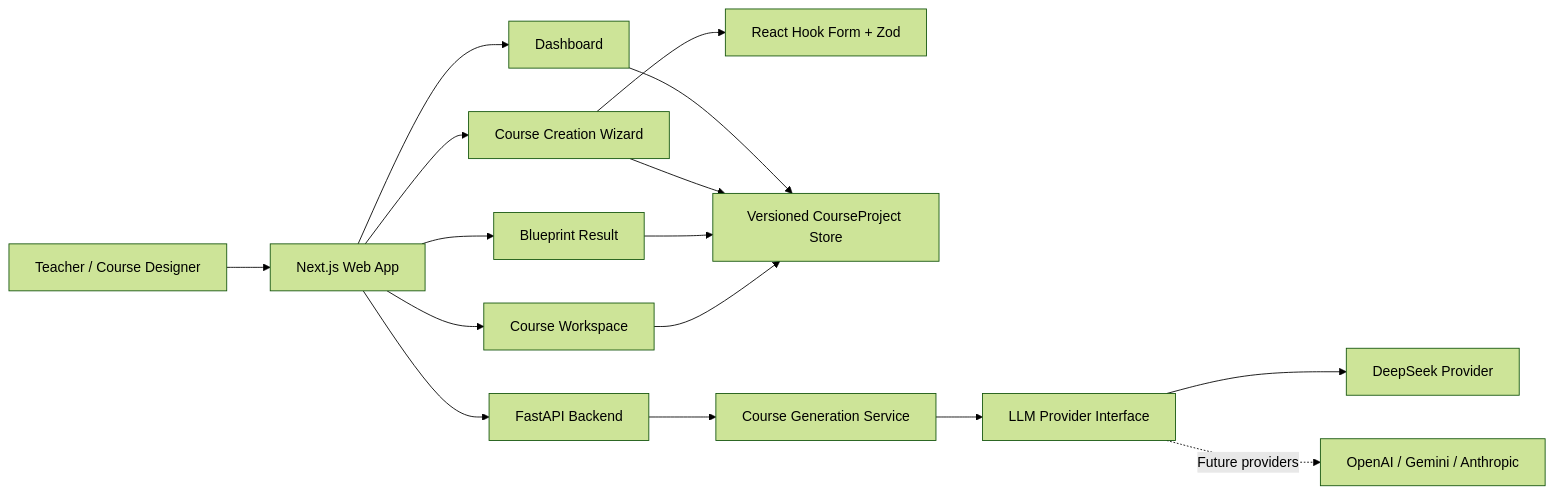
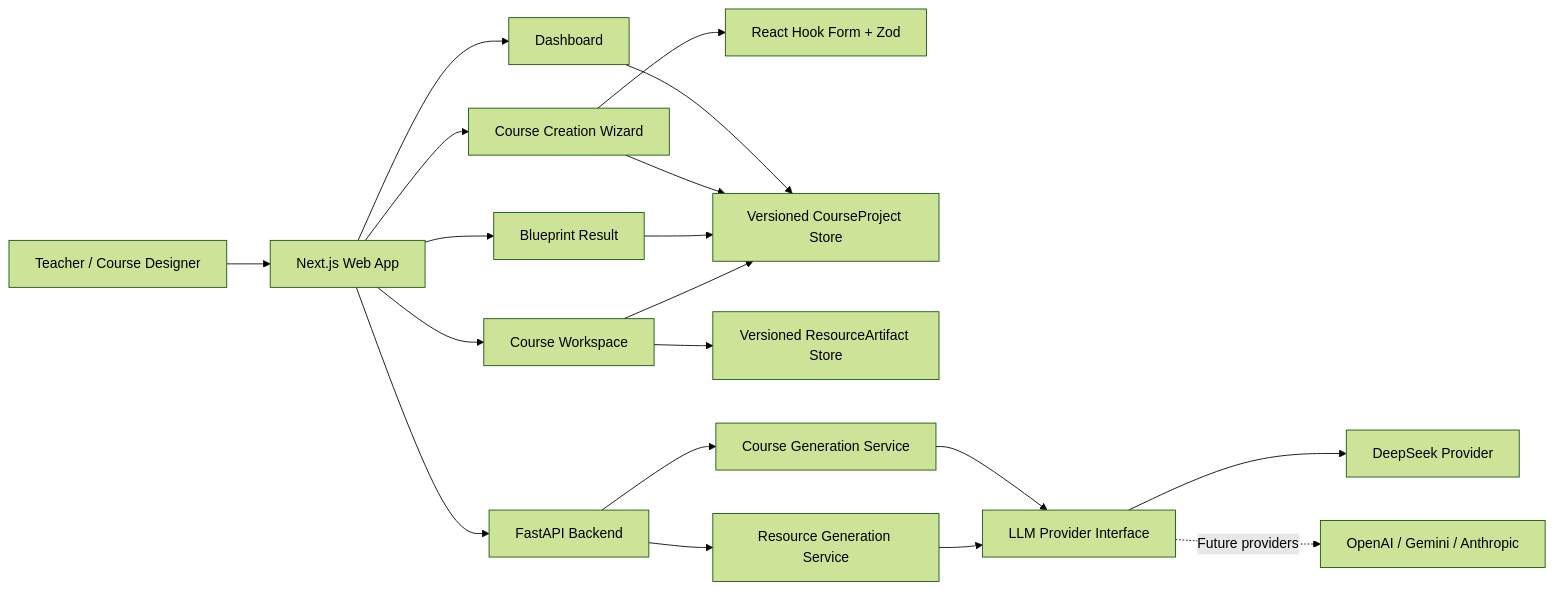
Before and after one commit to RyanBao9527/eduflow-ai: the diagram in README.md, drawn with Mermaid (forest theme). The commit also changed other lines of this file, not shown here.

Commit message:
docs: document v0.4.0 resource generation MVP

````diff
--- a/README.md
+++ b/README.md
@@ -69,18 +73,21 @@
 ```mermaid
 flowchart LR
     U["Teacher / Course Designer"] --> W["Next.js Web App"]
     W --> D["Dashboard"]
     W --> C["Course Creation Wizard"]
     W --> R["Blueprint Result"]
     W --> CW["Course Workspace"]
     C --> V["React Hook Form + Zod"]
     D --> P["Versioned CourseProject Store"]
     C --> P
     R --> P
     CW --> P
+    CW --> RA["Versioned ResourceArtifact Store"]
     W --> A["FastAPI Backend"]
     A --> S["Course Generation Service"]
+    A --> RS["Resource Generation Service"]
     S --> I["LLM Provider Interface"]
+    RS --> I
     I --> DS["DeepSeek Provider"]
     I -. "Future providers" .-> F["OpenAI / Gemini / Anthropic"]
 ```
````
